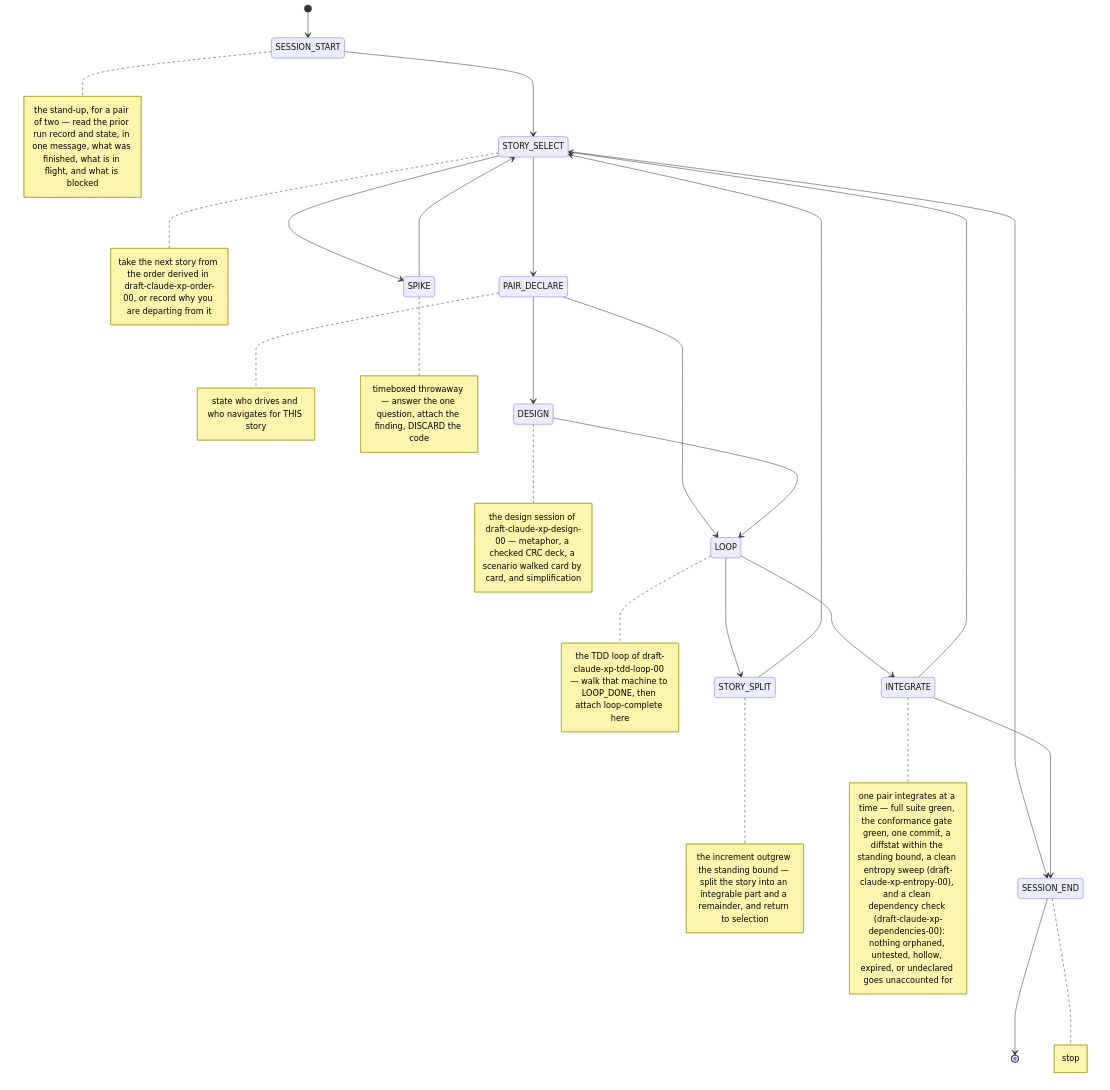
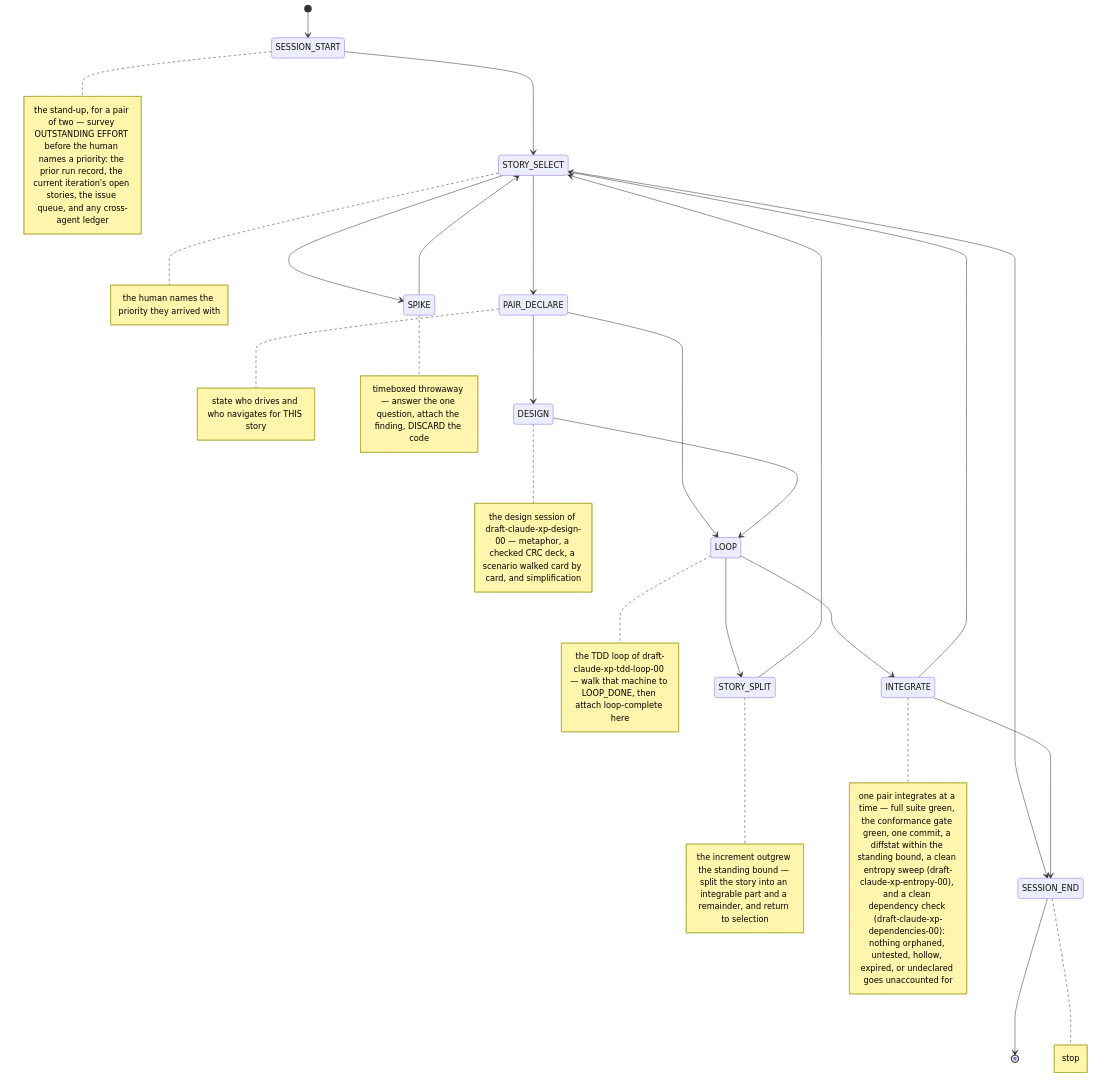
One commit to nnunley/llm-rfc-skill changed the diagram in rfc/draft-claude-xp-pairing-00.md. Above: the diagram before and after it, drawn with Mermaid. The commit also changed other lines of this file and 8 other files, not shown here.

````diff
--- a/rfc/draft-claude-xp-pairing-00.md
+++ b/rfc/draft-claude-xp-pairing-00.md
@@ -127,45 +133,45 @@
 ```mermaid
 stateDiagram-v2
     [*] --> SESSION_START
     SESSION_START --> STORY_SELECT
     STORY_SELECT --> PAIR_DECLARE
     STORY_SELECT --> SPIKE
     STORY_SELECT --> SESSION_END
     SPIKE --> STORY_SELECT
     PAIR_DECLARE --> LOOP
     PAIR_DECLARE --> DESIGN
     DESIGN --> LOOP
     LOOP --> INTEGRATE
     LOOP --> STORY_SPLIT
     STORY_SPLIT --> STORY_SELECT
     INTEGRATE --> STORY_SELECT
     INTEGRATE --> SESSION_END
     SESSION_END --> [*]
     note right of DESIGN
         the design session of draft-claude-xp-design-00 — metaphor, a checked CRC deck, a scenario walked card by card, and simplification
     end note
     note right of STORY_SPLIT
         the increment outgrew the standing bound — split the story into an integrable part and a remainder, and return to selection
     end note
     note right of SESSION_END
         stop
     end note
     note right of LOOP
         the TDD loop of draft-claude-xp-tdd-loop-00 — walk that machine to LOOP_DONE, then attach loop-complete here
     end note
     note right of PAIR_DECLARE
         state who drives and who navigates for THIS story
     end note
     note right of INTEGRATE
         one pair integrates at a time — full suite green, the conformance gate green, one commit, a diffstat within the standing bound, a clean entropy sweep (draft-claude-xp-entropy-00), and a clean dependency check (draft-claude-xp-dependencies-00): nothing orphaned, untested, hollow, expired, or undeclared goes unaccounted for
     end note
     note right of SPIKE
         timeboxed throwaway — answer the one question, attach the finding, DISCARD the code
     end note
     note right of SESSION_START
-        the stand-up, for a pair of two — read the prior run record and state, in one message, what was finished, what is in flight, and what is blocked
+        the stand-up, for a pair of two — survey OUTSTANDING EFFORT before the human names a priority: the prior run record, the current iteration's open stories, the issue queue, and any cross-agent ledger
     end note
     note right of STORY_SELECT
-        take the next story from the order derived in draft-claude-xp-order-00, or record why you are departing from it
+        the human names the priority they arrived with
     end note
 ```
````
